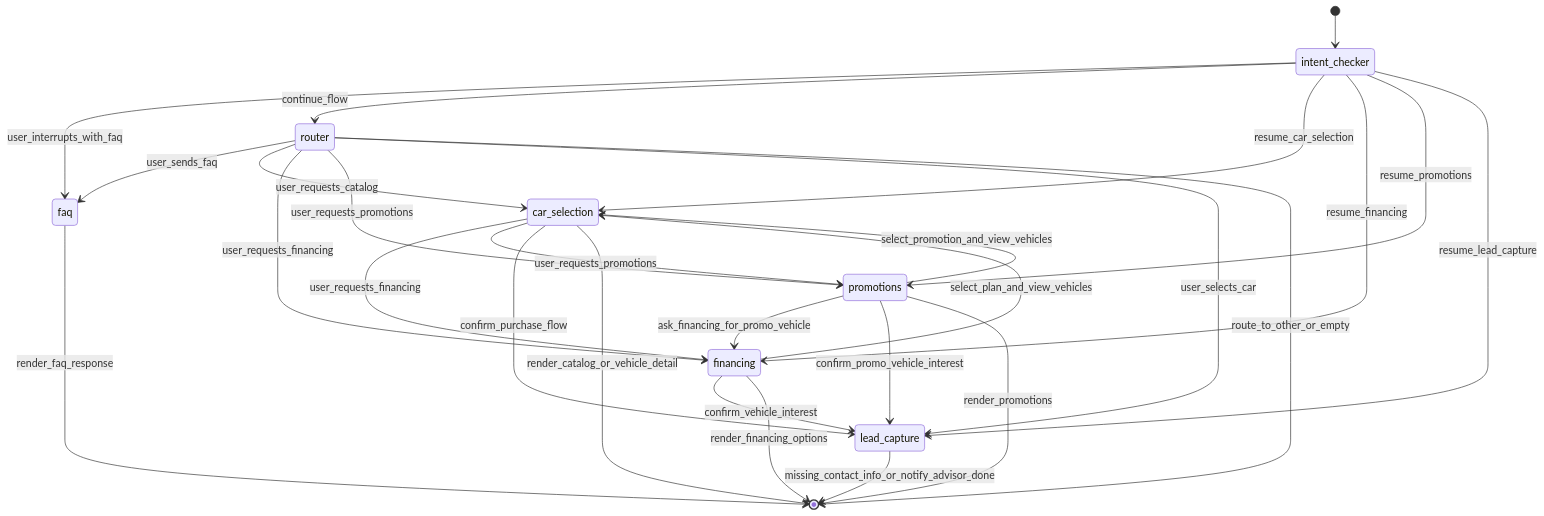
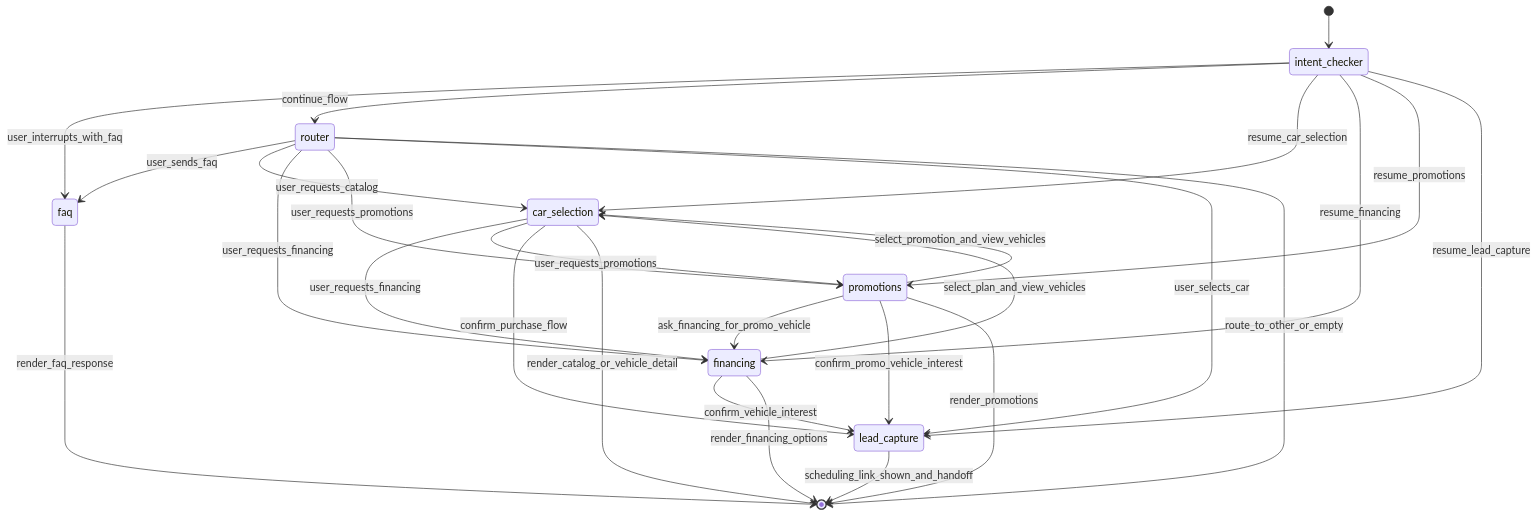
Before and after one commit to JoseManuelGdlO/car-advisor-bot: the diagram in bot/docs/state-automata.md, drawn with Mermaid. The commit also changed other lines of this file and 19 other files, not shown here.

First line of the commit message:
feat: enhance lead capture process with scheduling link and bot deactivation

````diff
--- a/bot/docs/state-automata.md
+++ b/bot/docs/state-automata.md
@@ -26,35 +26,35 @@
 ```mermaid
 stateDiagram-v2
     [*] --> intent_checker
 
     intent_checker --> faq: user_interrupts_with_faq
     intent_checker --> router: continue_flow
     intent_checker --> car_selection: resume_car_selection
     intent_checker --> financing: resume_financing
     intent_checker --> promotions: resume_promotions
     intent_checker --> lead_capture: resume_lead_capture
 
     router --> faq: user_sends_faq
     router --> car_selection: user_requests_catalog
     router --> financing: user_requests_financing
     router --> promotions: user_requests_promotions
     router --> lead_capture: user_selects_car
     router --> [*]: route_to_other_or_empty
 
     car_selection --> financing: user_requests_financing
     car_selection --> promotions: user_requests_promotions
     car_selection --> lead_capture: confirm_purchase_flow
     car_selection --> [*]: render_catalog_or_vehicle_detail
 
     financing --> car_selection: select_plan_and_view_vehicles
     financing --> lead_capture: confirm_vehicle_interest
     financing --> [*]: render_financing_options
 
     promotions --> car_selection: select_promotion_and_view_vehicles
     promotions --> financing: ask_financing_for_promo_vehicle
     promotions --> lead_capture: confirm_promo_vehicle_interest
     promotions --> [*]: render_promotions
 
     faq --> [*]: render_faq_response
-    lead_capture --> [*]: missing_contact_info_or_notify_advisor_done
+    lead_capture --> [*]: scheduling_link_shown_and_handoff
 ```
````
